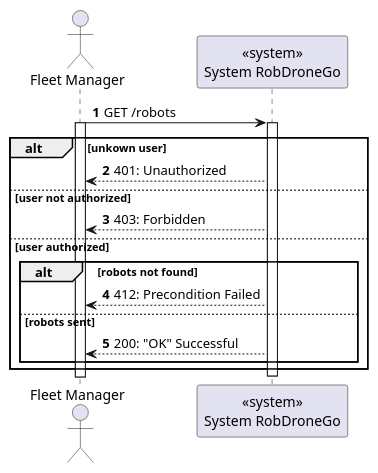
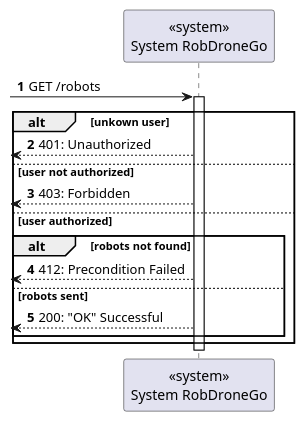
The diagram in docs/us380/level1/process-view.puml (Departamento-de-Engenharia-Informatica/lapr5-23-24-g19), drawn with PlantUML before and after one commit. The commit also changed 7 other files, not shown here.

```diff
--- a/docs/us380/level1/process-view.puml
+++ b/docs/us380/level1/process-view.puml
@@ -1,27 +1,27 @@
 @startuml
 autonumber
 
-actor "Fleet Manager" as actor
+
 participant "<<system>>\nSystem RobDroneGo" as sys
 
 
-actor-> sys: GET /robots
-activate actor
+[-> sys: GET /robots
+
     activate sys
 
     alt unkown user
-                sys --> actor : 401: Unauthorized
+                [<-- sys : 401: Unauthorized
             else user not authorized
-                sys --> actor : 403: Forbidden
+                [<-- sys : 403: Forbidden
             else user authorized
 
             alt robots not found
-                actor <--sys : 412: Precondition Failed
+                [<-- sys : 412: Precondition Failed
             else robots sent
-                actor <--sys : 200: "OK" Successful
+                [<-- sys : 200: "OK" Successful
     end
 end
 deactivate sys
 
 
 @enduml
```
